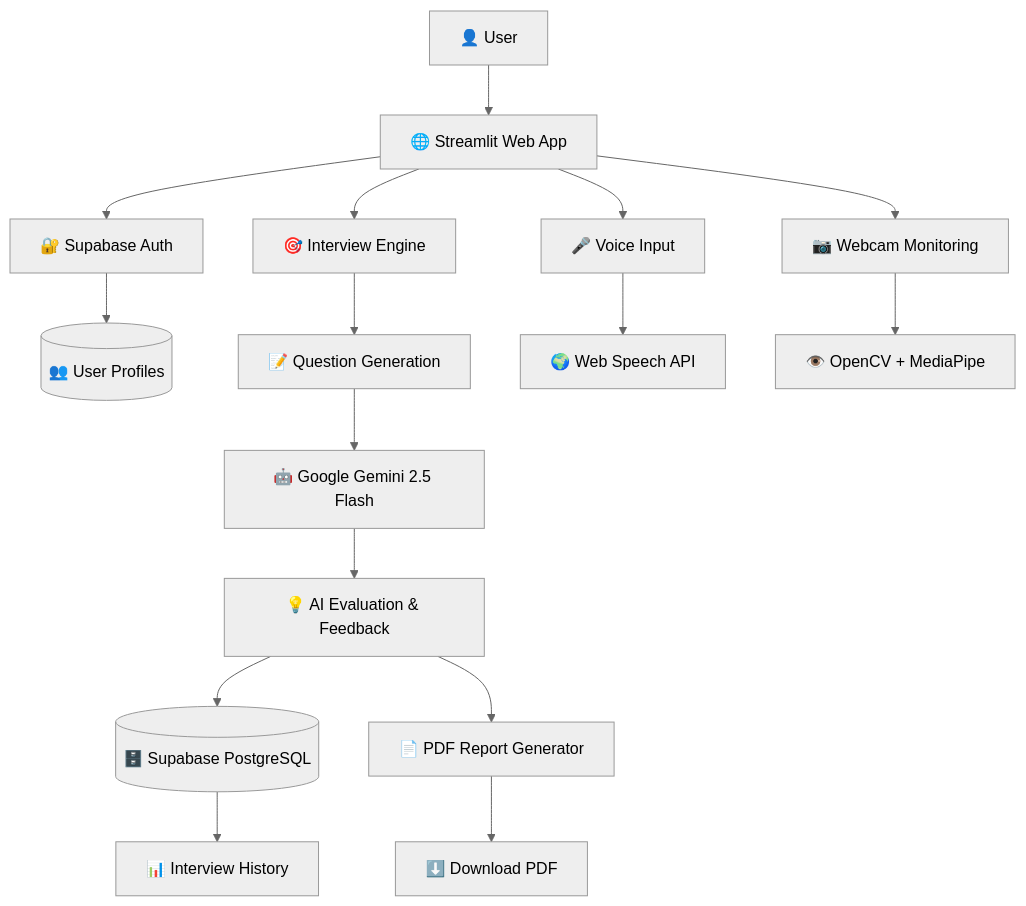
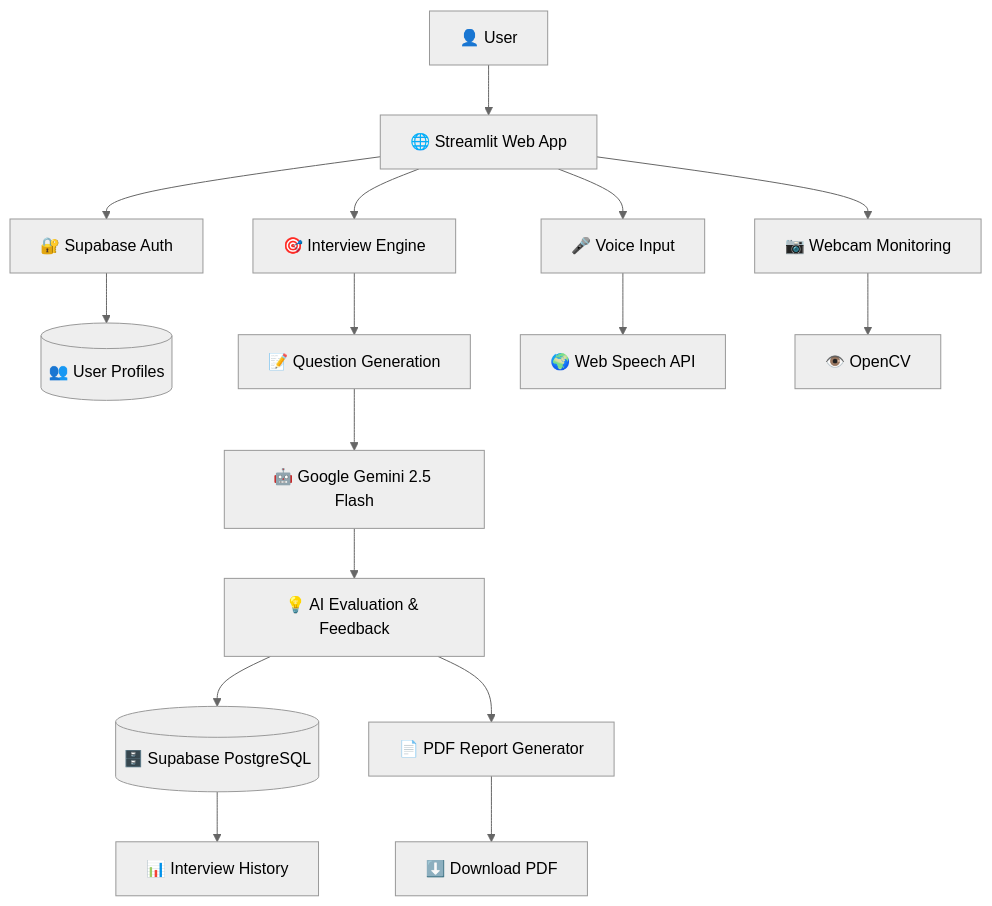
The diagram in README.md (tirthrmodi4710/AI-Interview-Coach), drawn with Mermaid (neutral theme) before and after one commit. The commit also changed other lines of this file, not shown here.

````diff
--- a/README.md
+++ b/README.md
@@ -214,27 +213,27 @@
 ```mermaid
 flowchart TD
 
     A[👤 User] --> B[🌐 Streamlit Web App]
 
     B --> C[🔐 Supabase Auth]
     C --> D[(👥 User Profiles)]
 
     B --> E[🎯 Interview Engine]
     E --> F[📝 Question Generation]
 
     F --> G[🤖 Google Gemini 2.5 Flash]
     G --> H[💡 AI Evaluation & Feedback]
 
     B --> I[🎤 Voice Input]
     I --> J[🌍 Web Speech API]
 
     B --> K[📷 Webcam Monitoring]
-    K --> L[👁️ OpenCV + MediaPipe]
+    K --> L[👁️ OpenCV]
 
     H --> M[(🗄️ Supabase PostgreSQL)]
 
     M --> N[📊 Interview History]
 
     H --> O[📄 PDF Report Generator]
     O --> P[⬇️ Download PDF]
 ```
````
